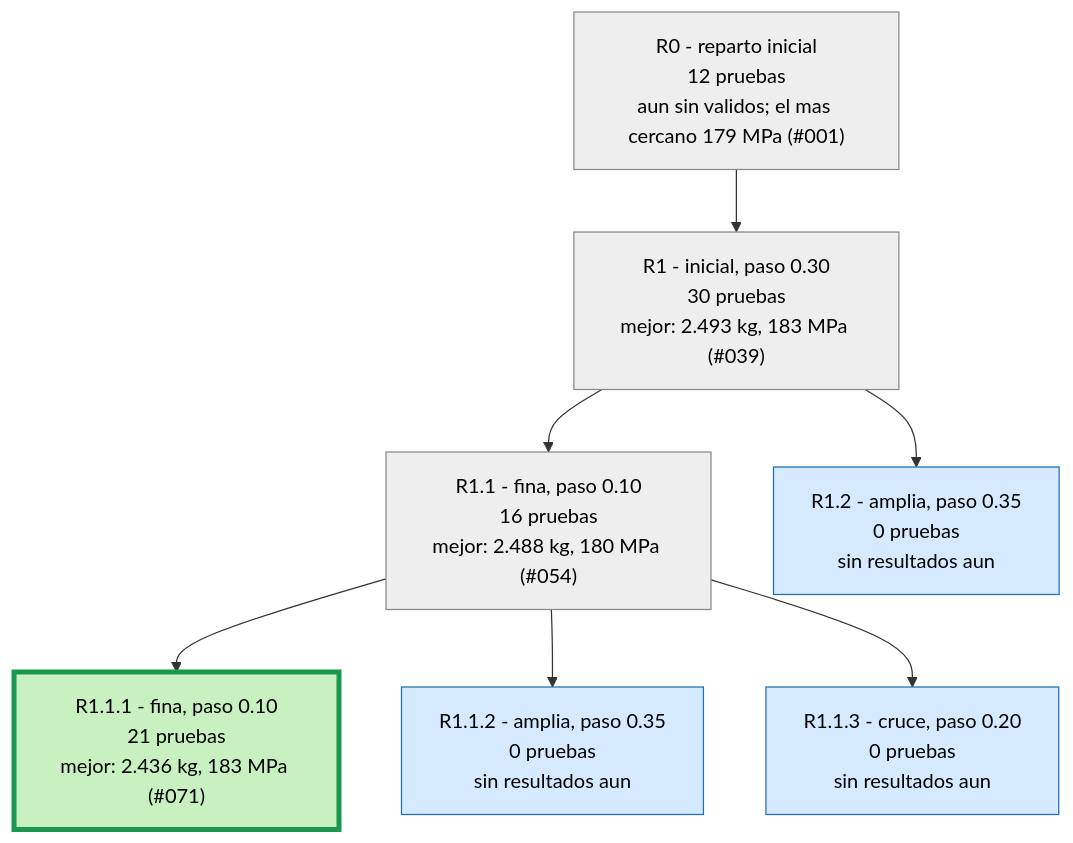
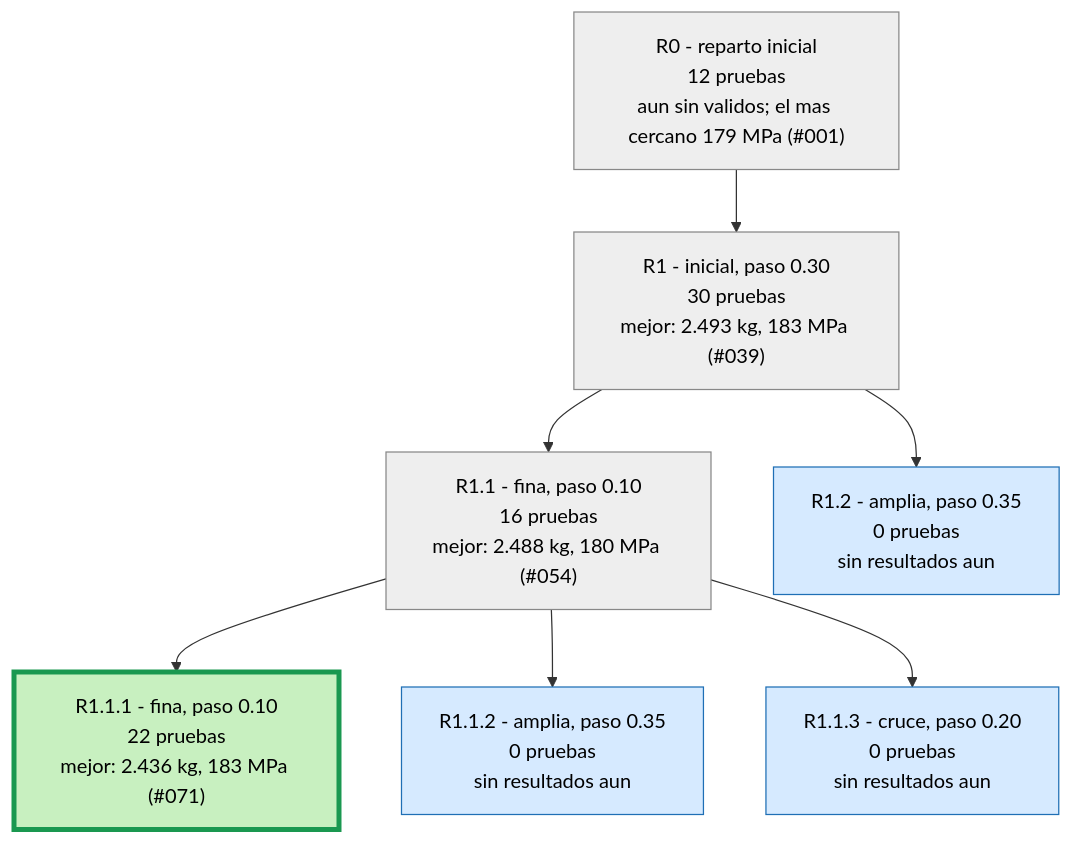
Before and after one commit to Hugiko/msd-soporte-optimizacion: the second of 3 diagrams in runs/opt_37800N/ARBOL.md, drawn with Mermaid. The commit also changed 23 other files, not shown here.

````diff
--- a/runs/opt_37800N/ARBOL.md
+++ b/runs/opt_37800N/ARBOL.md
@@ -25,19 +25,19 @@
 ```mermaid
 graph TD
 classDef activa fill:#d6eaff,stroke:#1f6fb5,color:#000
 classDef fin fill:#eeeeee,stroke:#888,color:#000
 classDef mejor fill:#c8f0c0,stroke:#1a9850,stroke-width:4px,color:#000
 R0["R0 - reparto inicial<br/>12 pruebas<br/>aun sin validos; el mas cercano 179 MPa (#001)"]:::fin
 R1["R1 - inicial, paso 0.30<br/>30 pruebas<br/>mejor: 2.493 kg, 183 MPa (#039)"]:::fin
 R0 --> R1
 R1_1["R1.1 - fina, paso 0.10<br/>16 pruebas<br/>mejor: 2.488 kg, 180 MPa (#054)"]:::fin
 R1 --> R1_1
 R1_2["R1.2 - amplia, paso 0.35<br/>0 pruebas<br/>sin resultados aun"]:::activa
 R1 --> R1_2
-R1_1_1["R1.1.1 - fina, paso 0.10<br/>21 pruebas<br/>mejor: 2.436 kg, 183 MPa (#071)"]:::mejor
+R1_1_1["R1.1.1 - fina, paso 0.10<br/>22 pruebas<br/>mejor: 2.436 kg, 183 MPa (#071)"]:::mejor
 R1_1 --> R1_1_1
 R1_1_2["R1.1.2 - amplia, paso 0.35<br/>0 pruebas<br/>sin resultados aun"]:::activa
 R1_1 --> R1_1_2
 R1_1_3["R1.1.3 - cruce, paso 0.20<br/>0 pruebas<br/>sin resultados aun"]:::activa
 R1_1 --> R1_1_3
 ```
````
